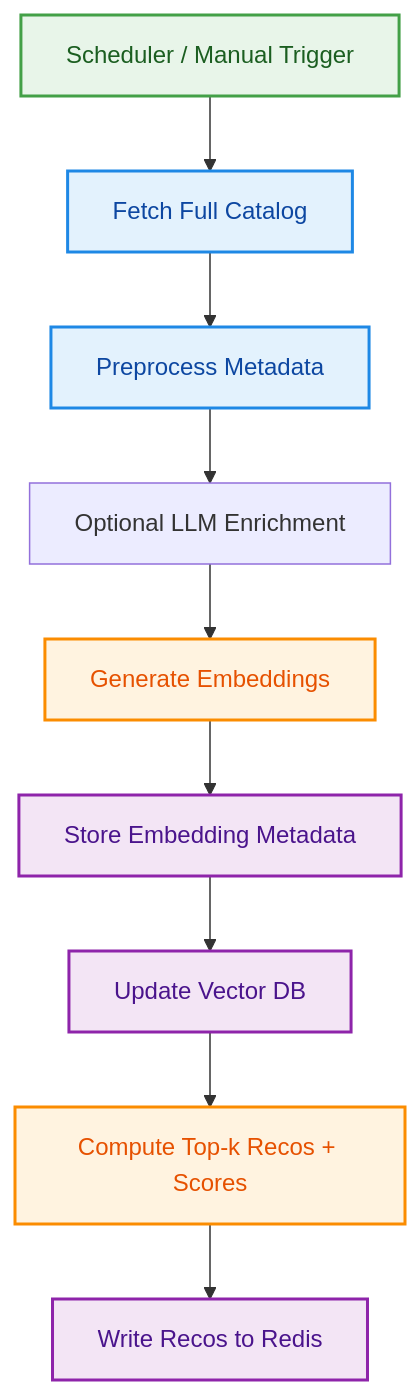
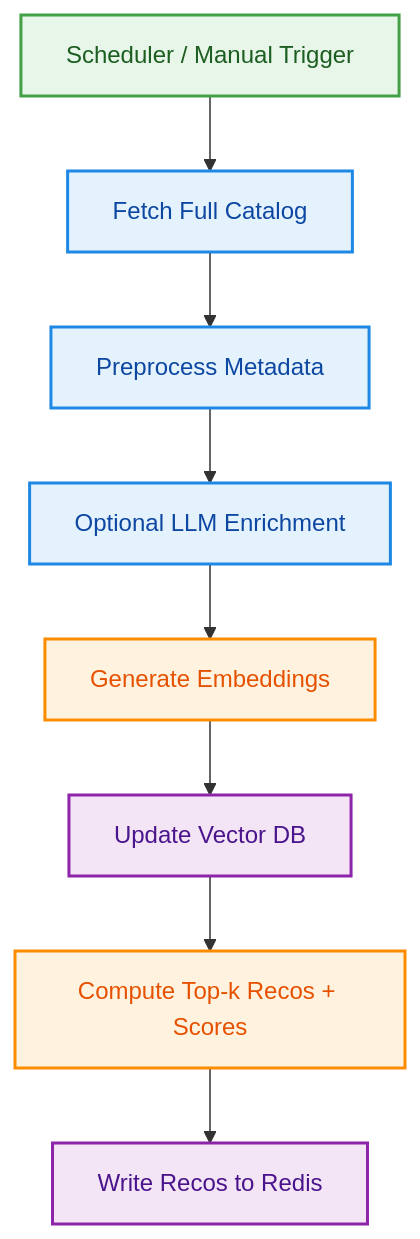
One commit to datagems-eosc/dataset-recsys changed the first of 3 diagrams in docs/source/workflows.md. Above: the diagram before and after it, drawn with Mermaid. The commit also changed other lines of this file and 2 other files, not shown here.

Commit message:
> update docs

````diff
--- a/docs/source/workflows.md
+++ b/docs/source/workflows.md
@@ -8,22 +8,21 @@
 ```mermaid
 %%{init: {'flowchart': {'nodeSpacing': 22, 'rankSpacing': 22, 'curve': 'linear'}, 'themeVariables': {'fontSize': '12px', 'lineColor': '#9E9E9E', 'edgeLabelBackground':'#ffffff', 'primaryBorderColor':'#BDBDBD', 'clusterBorder':'#E0E0E0', 'lineWidth':'0\.9px'}}}%%
 flowchart TB
     A[Scheduler / Manual Trigger] --> B[Fetch Full Catalog]
     B --> C[Preprocess Metadata]
     C --> X[Optional LLM Enrichment]
     X --> D[Generate Embeddings]
-    D --> E[Store Embedding Metadata]
-    E --> F[Update Vector DB]
+    D --> F[Update Vector DB]
     F --> G[Compute Top-k Recos + Scores]
     G --> H[Write Recos to Redis]
 
     classDef trigger fill:#E8F5E9,stroke:#43A047,stroke-width:2px,color:#1B5E20;
     classDef prep fill:#E3F2FD,stroke:#1E88E5,stroke-width:2px,color:#0D47A1;
     classDef compute fill:#FFF3E0,stroke:#FB8C00,stroke-width:2px,color:#E65100;
     classDef storage fill:#F3E5F5,stroke:#8E24AA,stroke-width:2px,color:#4A148C;
 
     class A trigger;
-    class B,C prep;
+    class B,C,X prep;
     class D,G compute;
-    class E,F,H storage;
+    class F,H storage;
 ```
````
